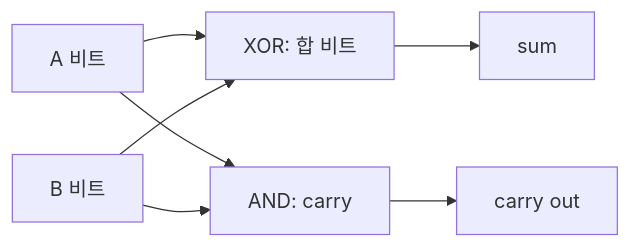
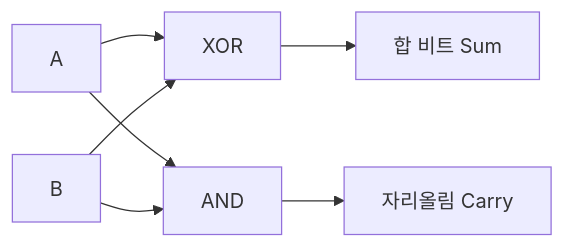
Before and after one commit to mj006648/netai-devsecops-runbook: the first of 2 diagrams in learning/computer-architecture/01-digital-logic-and-clock.md, drawn with Mermaid. The commit also changed other lines of this file and 165 other files, not shown here.

````diff
--- a/learning/computer-architecture/01-digital-logic-and-clock.md
+++ b/learning/computer-architecture/01-digital-logic-and-clock.md
@@ -32,9 +40,9 @@
-```mermaid
+~~~mermaid
 flowchart LR
-  A[A 비트] --> X[XOR: 합 비트]
-  B[B 비트] --> X
-  A --> N[AND: carry]
+  A[A] --> X[XOR]
+  B[B] --> X
+  A --> N[AND]
   B --> N
-  X --> S[sum]
-  N --> C[carry out]
-```
+  X --> S[합 비트 Sum]
+  N --> C[자리올림 Carry]
+~~~
````
